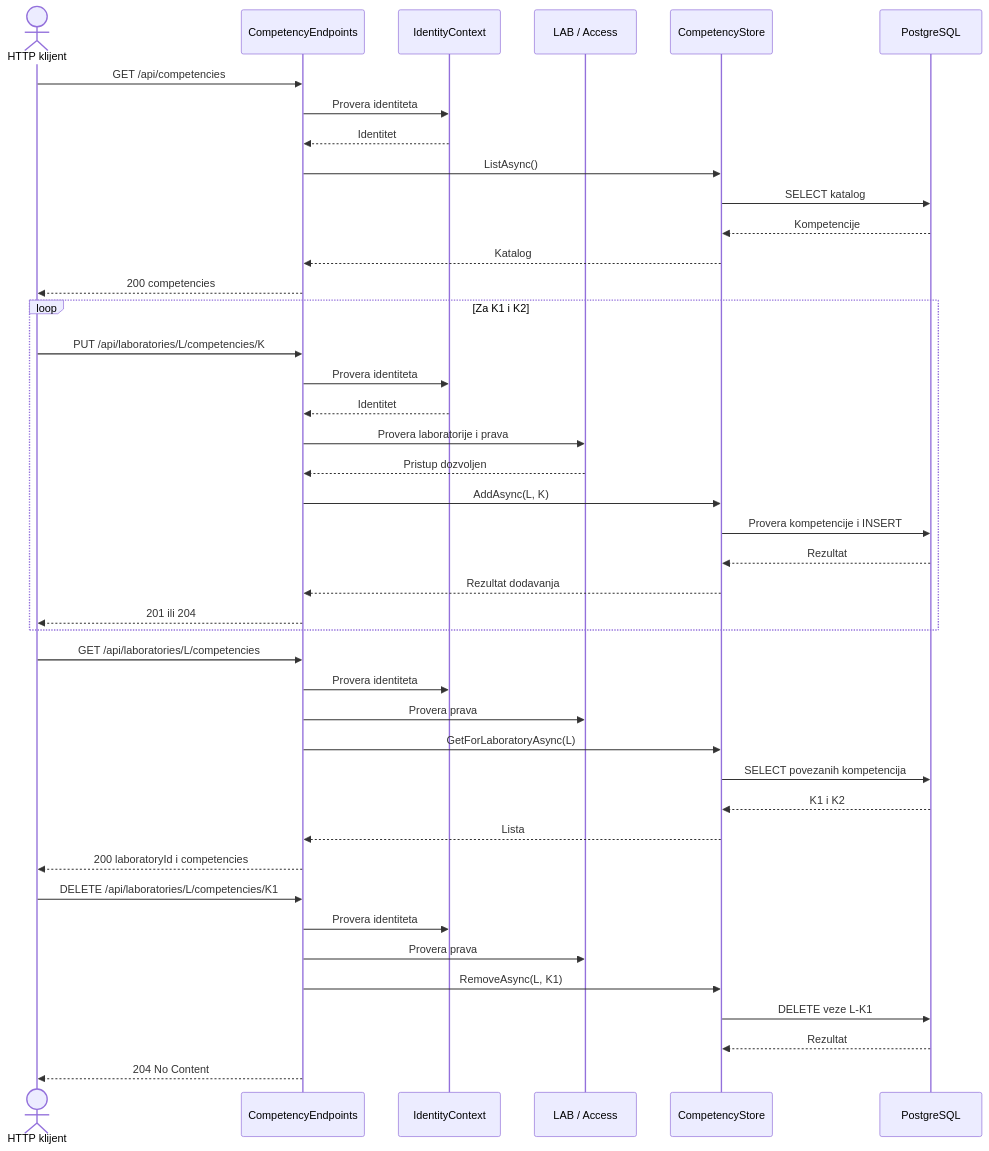
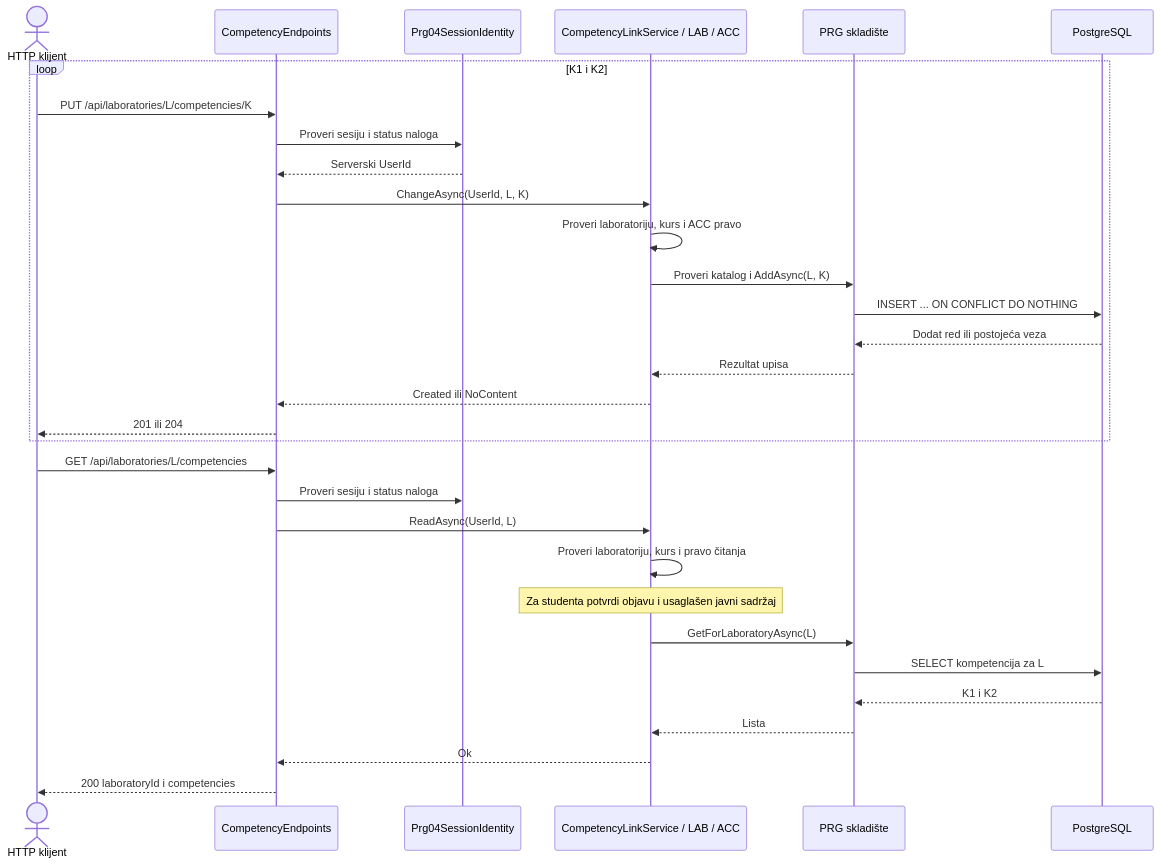
One commit to owlCoder/security-lab changed the second of 2 diagrams in docs/components/PRG-04-mapping.md. Above: the diagram before and after it, drawn with Mermaid. The commit also changed other lines of this file and 6 other files, not shown here.

First line of the commit message:
fix(prg-04): protect unpublished competency links

````diff
--- a/docs/components/PRG-04-mapping.md
+++ b/docs/components/PRG-04-mapping.md
@@ -68,48 +72,35 @@
 ```mermaid
 sequenceDiagram
   actor C as HTTP klijent
   participant E as CompetencyEndpoints
-  participant I as IdentityContext
-  participant A as LAB / Access
-  participant S as CompetencyStore
+  participant I as Prg04SessionIdentity
+  participant A as CompetencyLinkService / LAB / ACC
+  participant S as PRG skladište
   participant DB as PostgreSQL
 
-  C->>E: GET /api/competencies
-  E->>I: Provera identiteta
-  I-->>E: Identitet
-  E->>S: ListAsync()
-  S->>DB: SELECT katalog
-  DB-->>S: Kompetencije
-  S-->>E: Katalog
-  E-->>C: 200 competencies
-
-  loop Za K1 i K2
+  loop K1 i K2
     C->>E: PUT /api/laboratories/L/competencies/K
-    E->>I: Provera identiteta
-    I-->>E: Identitet
-    E->>A: Provera laboratorije i prava
-    A-->>E: Pristup dozvoljen
-    E->>S: AddAsync(L, K)
-    S->>DB: Provera kompetencije i INSERT
-    DB-->>S: Rezultat
-    S-->>E: Rezultat dodavanja
+    E->>I: Proveri sesiju i status naloga
+    I-->>E: Serverski UserId
+    E->>A: ChangeAsync(UserId, L, K)
+    A->>A: Proveri laboratoriju, kurs i ACC pravo
+    A->>S: Proveri katalog i AddAsync(L, K)
+    S->>DB: INSERT ... ON CONFLICT DO NOTHING
+    DB-->>S: Dodat red ili postojeća veza
+    S-->>A: Rezultat upisa
+    A-->>E: Created ili NoContent
     E-->>C: 201 ili 204
   end
 
   C->>E: GET /api/laboratories/L/competencies
-  E->>I: Provera identiteta
-  E->>A: Provera prava
-  E->>S: GetForLaboratoryAsync(L)
-  S->>DB: SELECT povezanih kompetencija
+  E->>I: Proveri sesiju i status naloga
+  E->>A: ReadAsync(UserId, L)
+  A->>A: Proveri laboratoriju, kurs i pravo čitanja
+  Note over A: Za studenta potvrdi objavu i usaglašen javni sadržaj
+  A->>S: GetForLaboratoryAsync(L)
+  S->>DB: SELECT kompetencija za L
   DB-->>S: K1 i K2
-  S-->>E: Lista
+  S-->>A: Lista
+  A-->>E: Ok
   E-->>C: 200 laboratoryId i competencies
-
-  C->>E: DELETE /api/laboratories/L/competencies/K1
-  E->>I: Provera identiteta
-  E->>A: Provera prava
-  E->>S: RemoveAsync(L, K1)
-  S->>DB: DELETE veze L-K1
-  DB-->>S: Rezultat
-  E-->>C: 204 No Content
 ```
````
